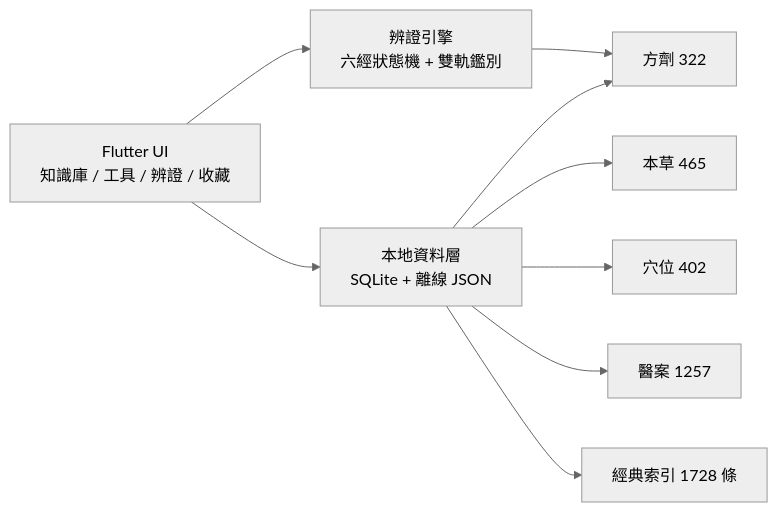
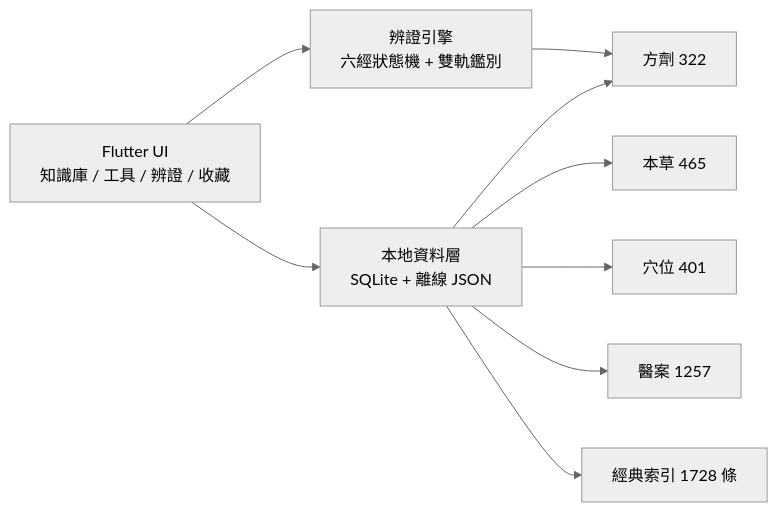
The diagram in README.zh-Hant.md (jangviktor-web/nihaixia-app), drawn with Mermaid (neutral theme) before and after one commit. The commit also changed other lines of this file and 14 other files, not shown here.

````diff
--- a/README.zh-Hant.md
+++ b/README.zh-Hant.md
@@ -631,11 +631,11 @@
 ```mermaid
 flowchart LR
   UI["Flutter UI<br/>知識庫 / 工具 / 辨證 / 收藏"] --> ENG["辨證引擎<br/>六經狀態機 + 雙軌鑑別"]
   UI --> DATA["本地資料層<br/>SQLite + 離線 JSON"]
   DATA --> F["方劑 322"]
   DATA --> H["本草 465"]
-  DATA --> A["穴位 402"]
+  DATA --> A["穴位 401"]
   DATA --> M["醫案 1257"]
   DATA --> C["經典索引 1728 條"]
   ENG --> F
 ```
````
